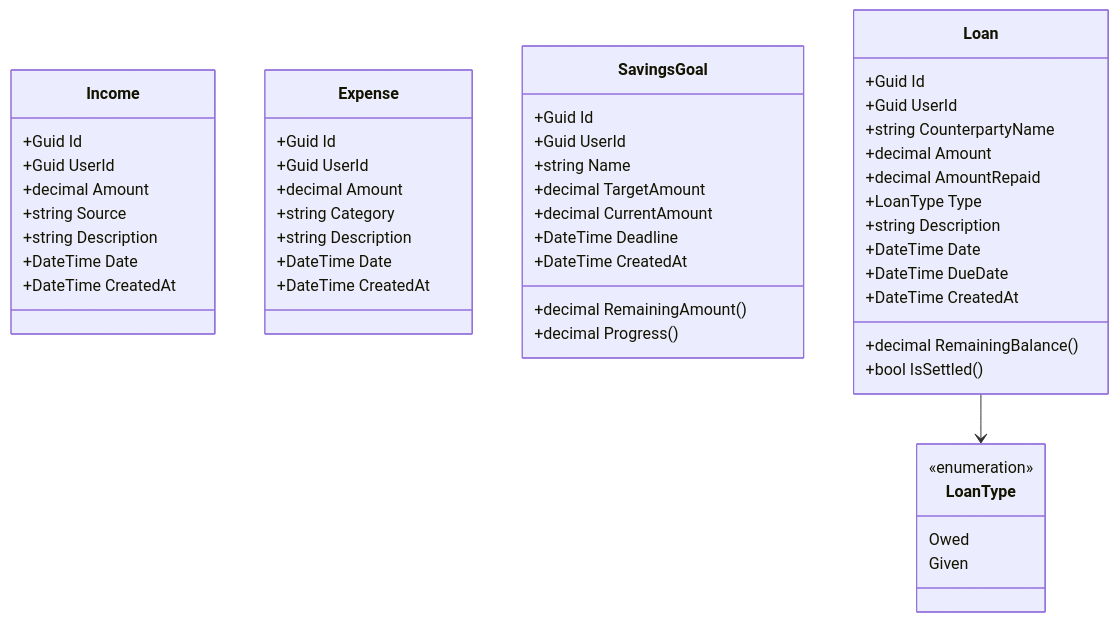
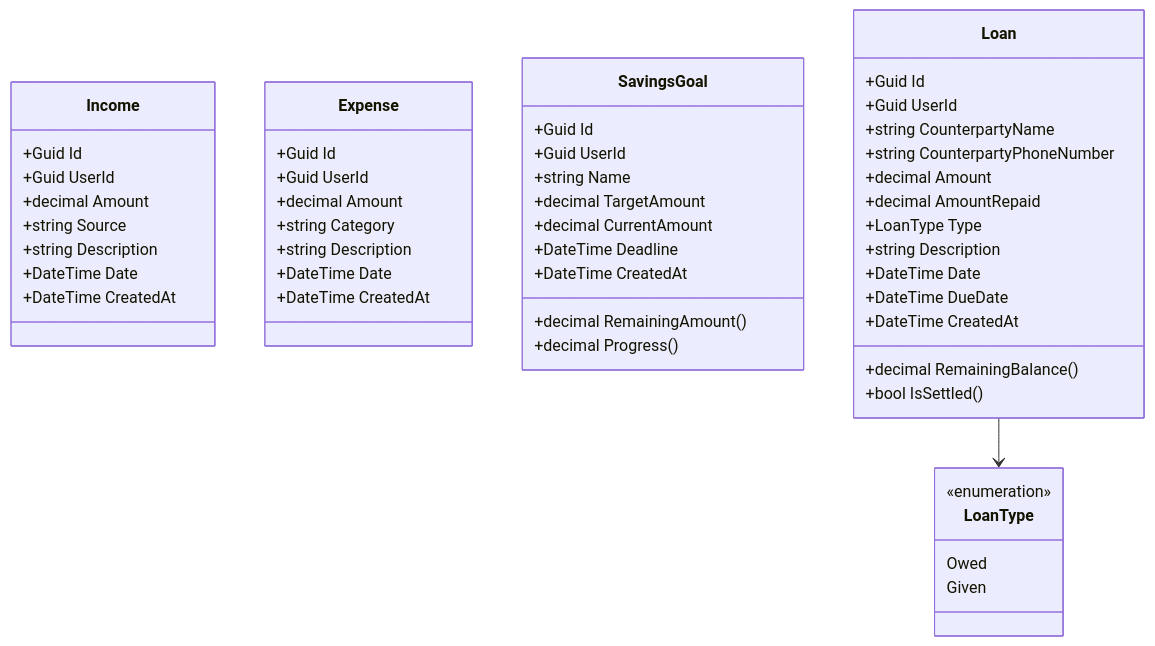
Before and after one commit to dev-personal-projects/vela: the third of 11 diagrams in docs/TRD.md, drawn with Mermaid. The commit also changed 9 other files, not shown here.

First line of the commit message:
✨ feat: add optional counterparty phone number to loan entity

````diff
--- a/docs/TRD.md
+++ b/docs/TRD.md
@@ -108,57 +108,58 @@
 ```mermaid
 classDiagram
     class Income {
         +Guid Id
         +Guid UserId
         +decimal Amount
         +string Source
         +string Description
         +DateTime Date
         +DateTime CreatedAt
     }
 
     class Expense {
         +Guid Id
         +Guid UserId
         +decimal Amount
         +string Category
         +string Description
         +DateTime Date
         +DateTime CreatedAt
     }
 
     class SavingsGoal {
         +Guid Id
         +Guid UserId
         +string Name
         +decimal TargetAmount
         +decimal CurrentAmount
         +decimal RemainingAmount()
         +DateTime Deadline
         +DateTime CreatedAt
         +decimal Progress()
     }
 
     class Loan {
         +Guid Id
         +Guid UserId
         +string CounterpartyName
+        +string CounterpartyPhoneNumber
         +decimal Amount
         +decimal AmountRepaid
         +LoanType Type
         +string Description
         +DateTime Date
         +DateTime DueDate
         +DateTime CreatedAt
         +decimal RemainingBalance()
         +bool IsSettled()
     }
 
     class LoanType {
         <<enumeration>>
         Owed
         Given
     }
 
     Loan --> LoanType
 ```
````
